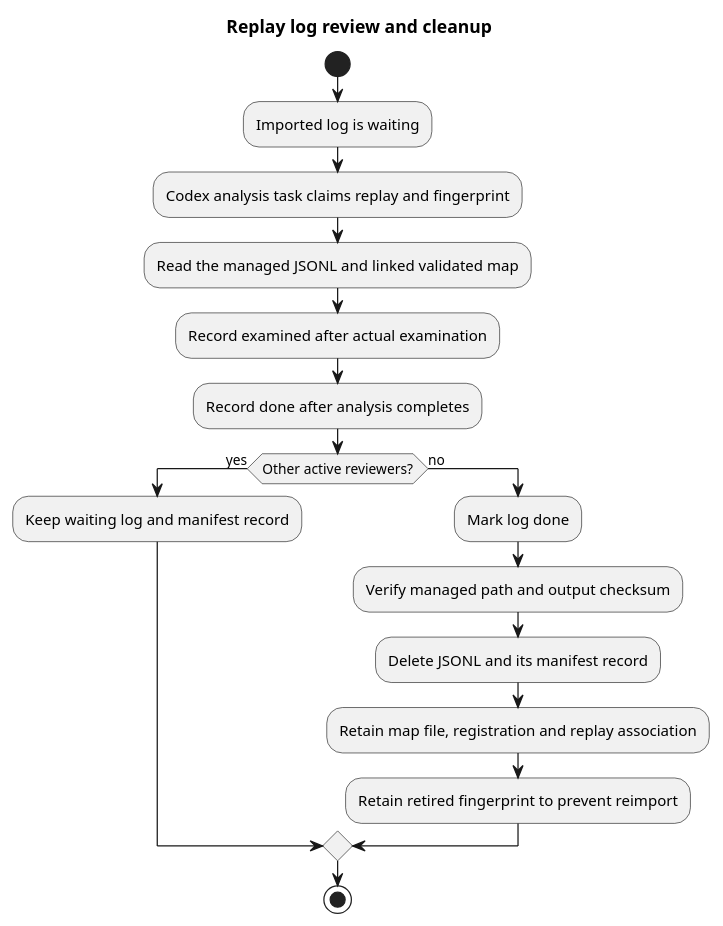
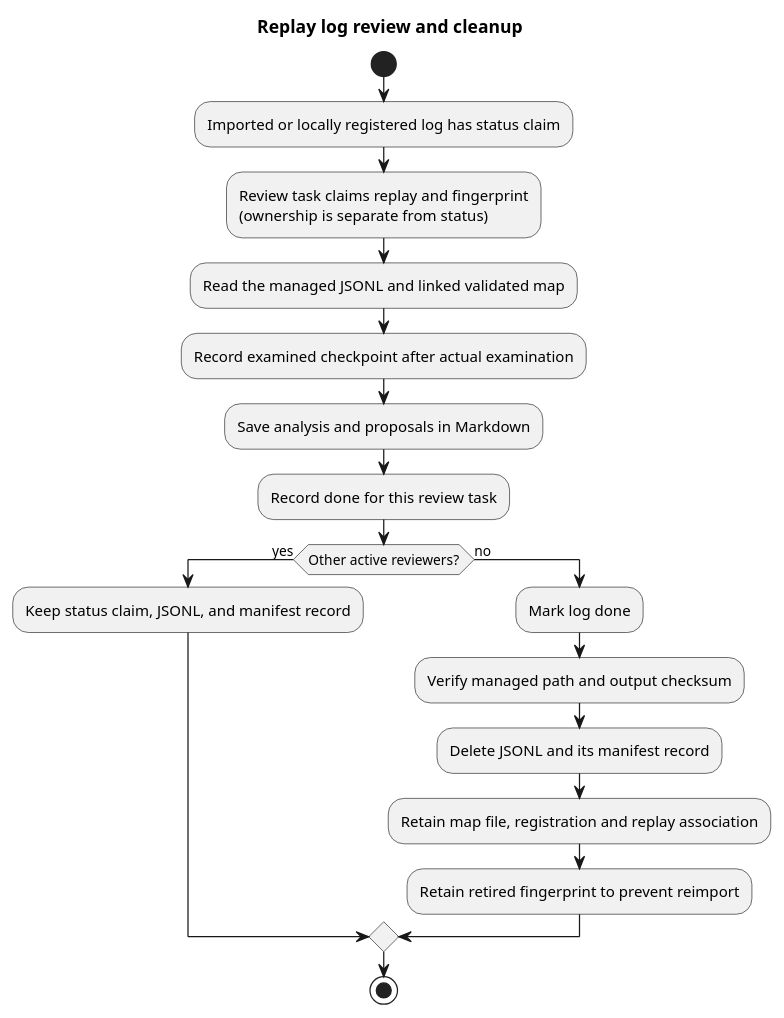
The diagram in docs/diagrams/replay-review-cleanup.puml (zolcsika71/pain_and_gain), drawn with PlantUML before and after one commit. The commit also changed 6 other files, not shown here.

Commit message:
Validate saved replay maps and formalize review lifecycle

```diff
--- a/docs/diagrams/replay-review-cleanup.puml
+++ b/docs/diagrams/replay-review-cleanup.puml
@@ -1,21 +1,22 @@
 @startuml
 title Replay log review and cleanup
 
 start
-:Imported log is waiting;
-:Codex analysis task claims replay and fingerprint;
+:Imported or locally registered log has status claim;
+:Review task claims replay and fingerprint\n(ownership is separate from status);
 :Read the managed JSONL and linked validated map;
-:Record examined after actual examination;
-:Record done after analysis completes;
+:Record examined checkpoint after actual examination;
+:Save analysis and proposals in Markdown;
+:Record done for this review task;
 if (Other active reviewers?) then (yes)
-  :Keep waiting log and manifest record;
+  :Keep status claim, JSONL, and manifest record;
 else (no)
   :Mark log done;
   :Verify managed path and output checksum;
   :Delete JSONL and its manifest record;
   :Retain map file, registration and replay association;
   :Retain retired fingerprint to prevent reimport;
 endif
 stop
 
 @enduml
```
